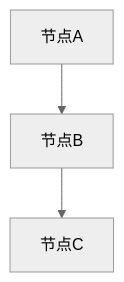
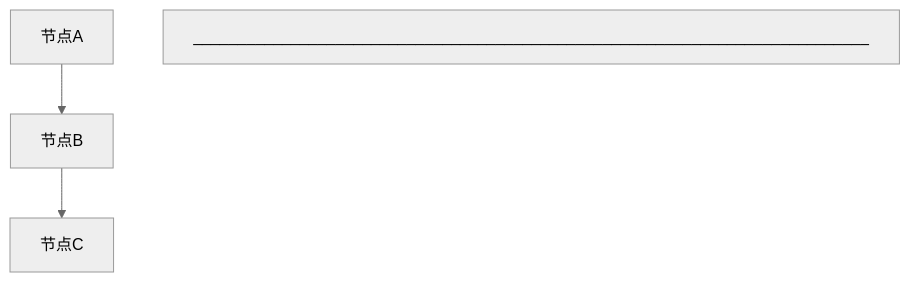
Before and after one commit to JIYIC-P/CapsWriter_fixed: the diagram in README.md, drawn with Mermaid (neutral theme).

````diff
--- a/README.md
+++ b/README.md
@@ -6,5 +6,7 @@
 ```mermaid
 graph TD;
     A[节点A] --> B[节点B];
     B --> C[节点C];
+
+____________________________________________________________________________
 ```
````
